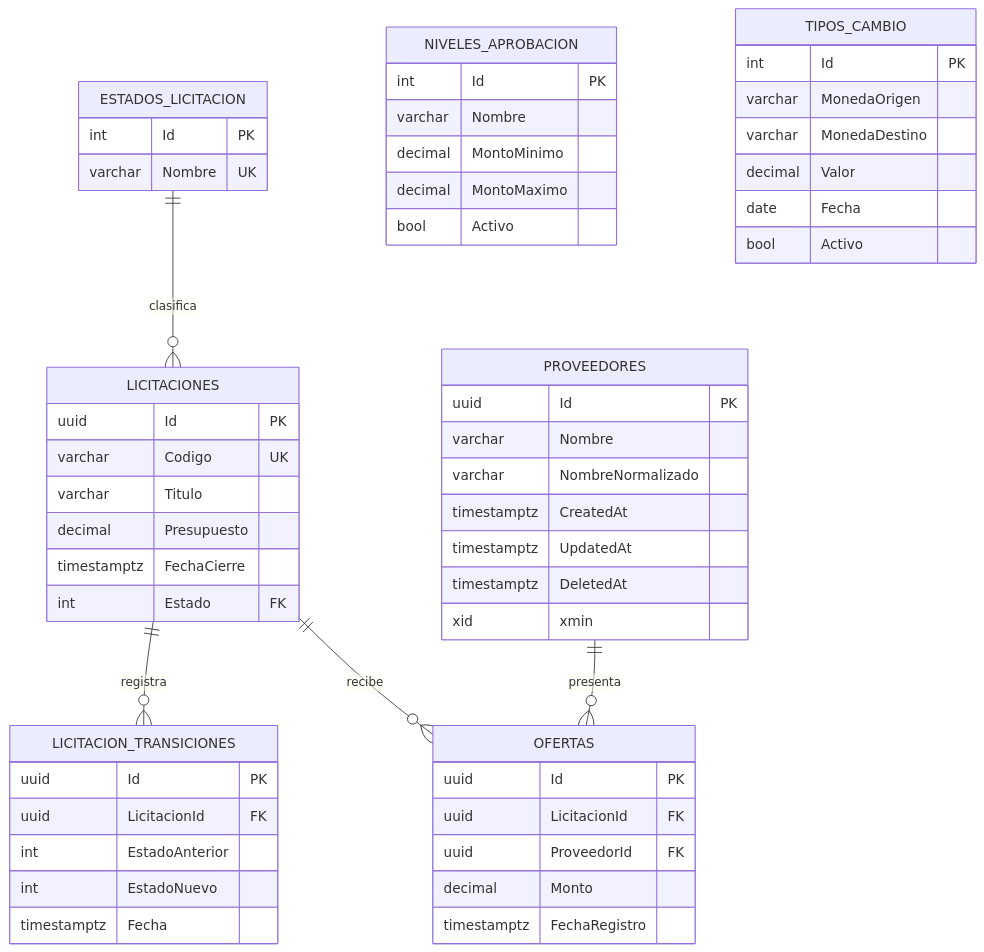
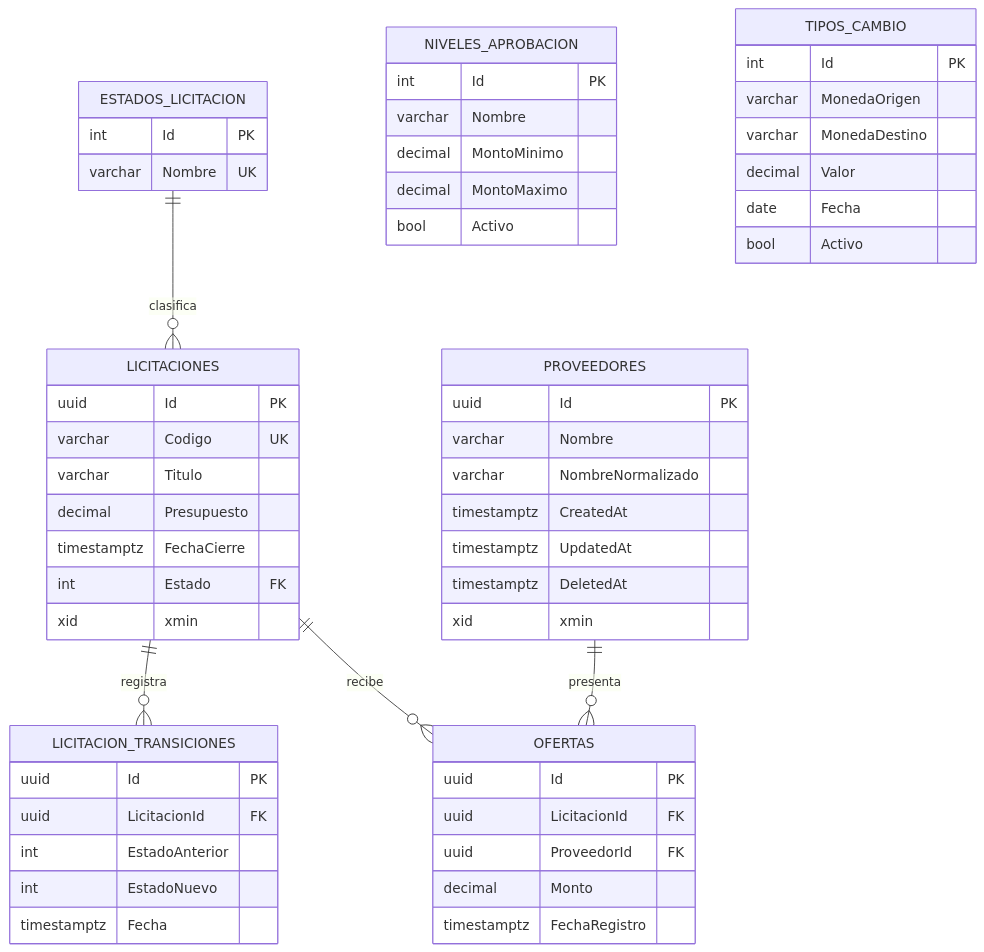
Before and after one commit to Seidy06/Sistema_Licitaciones_XP: the diagram in docs/modelo-datos.md, drawn with Mermaid. The commit also changed other lines of this file and 5 other files, not shown here.

````diff
--- a/docs/modelo-datos.md
+++ b/docs/modelo-datos.md
@@ -5,43 +5,44 @@
 ```mermaid
 erDiagram
     ESTADOS_LICITACION ||--o{ LICITACIONES : clasifica
     LICITACIONES ||--o{ LICITACION_TRANSICIONES : registra
     LICITACIONES ||--o{ OFERTAS : recibe
     PROVEEDORES ||--o{ OFERTAS : presenta
     PROVEEDORES { uuid Id PK
         varchar Nombre
         varchar NombreNormalizado
         timestamptz CreatedAt
         timestamptz UpdatedAt
         timestamptz DeletedAt
         xid xmin }
     ESTADOS_LICITACION { int Id PK
         varchar Nombre UK }
     LICITACIONES { uuid Id PK
         varchar Codigo UK
         varchar Titulo
         decimal Presupuesto
         timestamptz FechaCierre
-        int Estado FK }
+        int Estado FK
+        xid xmin }
     LICITACION_TRANSICIONES { uuid Id PK
         uuid LicitacionId FK
         int EstadoAnterior
         int EstadoNuevo
         timestamptz Fecha }
     OFERTAS { uuid Id PK
         uuid LicitacionId FK
         uuid ProveedorId FK
         decimal Monto
         timestamptz FechaRegistro }
     NIVELES_APROBACION { int Id PK
         varchar Nombre
         decimal MontoMinimo
         decimal MontoMaximo
         bool Activo }
     TIPOS_CAMBIO { int Id PK
         varchar MonedaOrigen
         varchar MonedaDestino
         decimal Valor
         date Fecha
         bool Activo }
 ```
````
